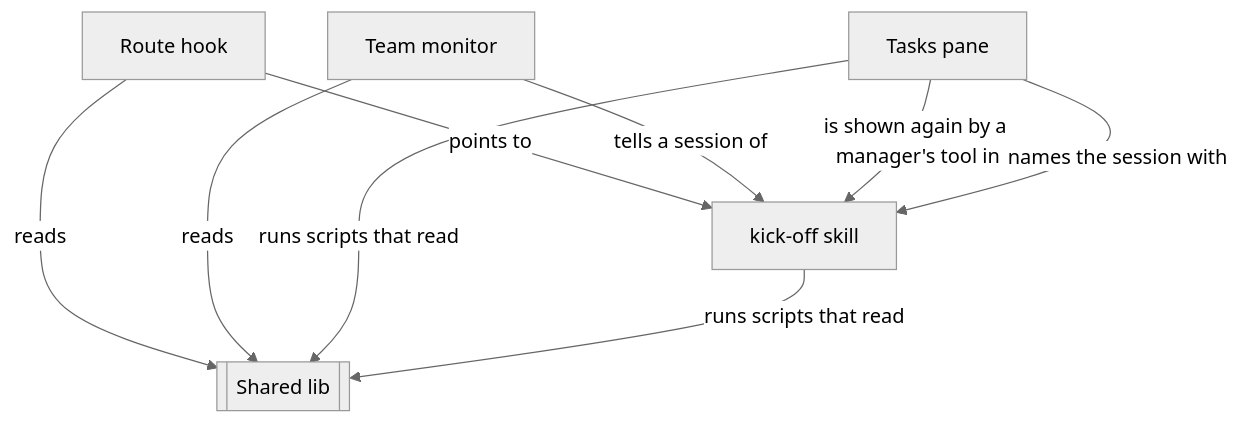
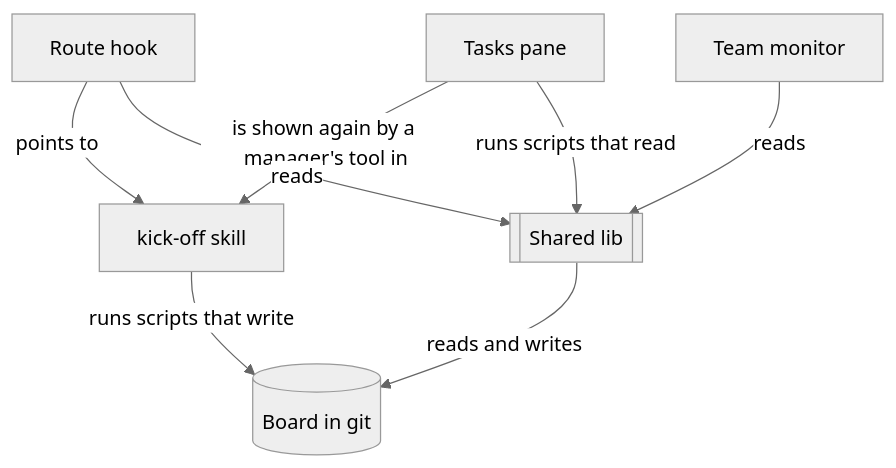
Before and after one commit to kalaluthien/mumu-claude-plugin: the first of 3 diagrams in README.md, drawn with Mermaid (neutral theme). The commit also changed other lines of this file, not shown here.

````diff
--- a/README.md
+++ b/README.md
@@ -34,16 +94,16 @@
 ```mermaid
 flowchart TB
   n_hook["Route hook"]
   n_monitor["Team monitor"]
   n_pane["Tasks pane"]
   n_kick["kick-off skill"]
+  n_board[("Board in git")]
   n_lib[["Shared lib"]]
   n_hook -->|"points to"| n_kick
-  n_monitor -->|"tells a session of"| n_kick
   n_pane -->|"is shown again by a manager's tool in"| n_kick
+  n_kick -->|"runs scripts that write"| n_board
   n_hook -->|"reads"| n_lib
   n_monitor -->|"reads"| n_lib
   n_pane -->|"runs scripts that read"| n_lib
-  n_pane -->|"names the session with"| n_kick
-  n_kick -->|"runs scripts that read"| n_lib
+  n_lib -->|"reads and writes"| n_board
 ```
````
